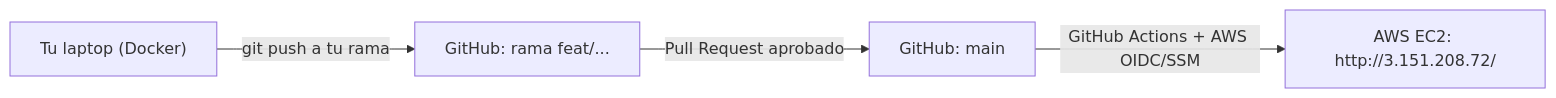
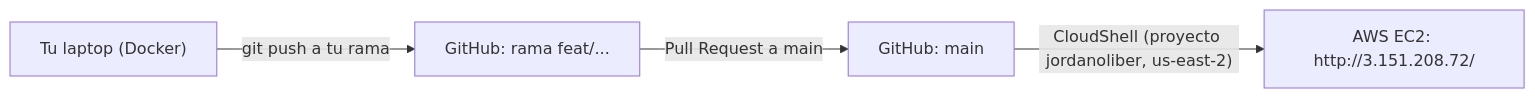
One commit to JordanSoncco/latinex changed the diagram in GUIA_EQUIPO.md. Above: the diagram before and after it, drawn with Mermaid. The commit also changed other lines of this file and 2 other files, not shown here.

Commit message:
chore(deploy): usar AWS CloudShell en equipo y retirar workflow OIDC bloqueado por SCP

````diff
--- a/GUIA_EQUIPO.md
+++ b/GUIA_EQUIPO.md
@@ -132,6 +132,6 @@
 ```mermaid
 flowchart LR
     A["Tu laptop (Docker)"] -->|"git push a tu rama"| B["GitHub: rama feat/..."]
-    B -->|"Pull Request aprobado"| C["GitHub: main"]
-    C -->|"GitHub Actions + AWS OIDC/SSM"| D["AWS EC2: http://3.151.208.72/"]
+    B -->|"Pull Request a main"| C["GitHub: main"]
+    C -->|"CloudShell (proyecto jordanoliber, us-east-2)"| D["AWS EC2: http://3.151.208.72/"]
 ```
````
